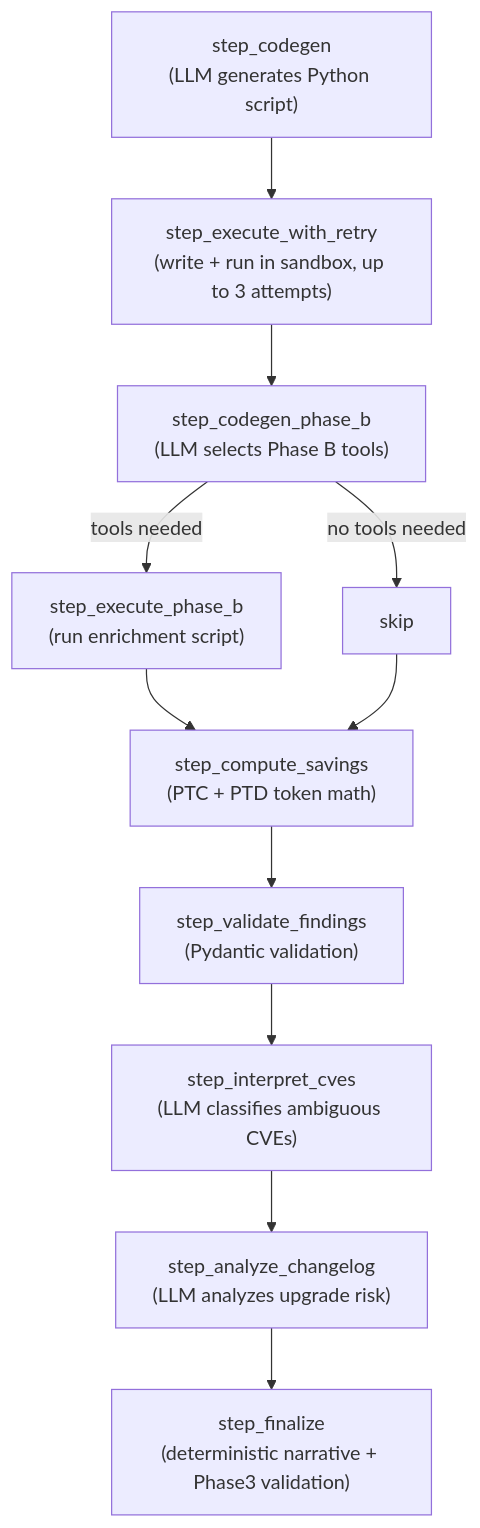
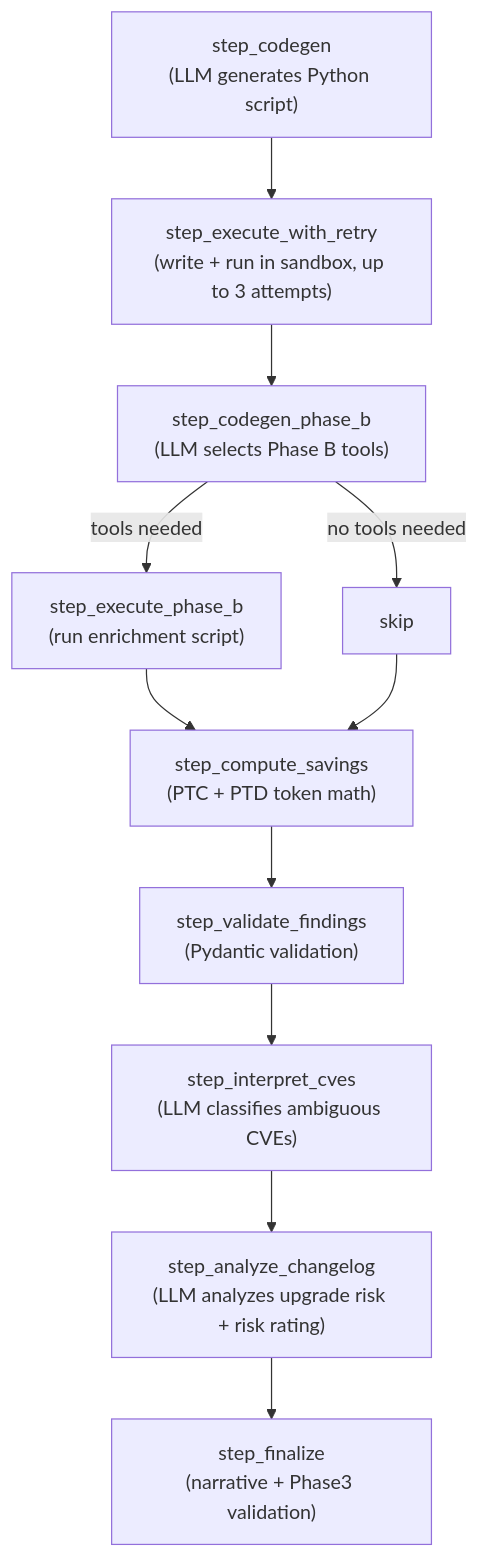
The fifth of 5 diagrams in ARCHITECTURE.md (shuknk8s/pypkg-audit-ptc-agent), drawn with Mermaid before and after one commit. The commit also changed other lines of this file and 22 other files, not shown here.

First line of the commit message:
docs: update architecture for CPE exclusion and LLM risk rating

````diff
--- a/ARCHITECTURE.md
+++ b/ARCHITECTURE.md
@@ -239,13 +239,13 @@
 ```mermaid
 flowchart TD
     A["step_codegen\n(LLM generates Python script)"] --> B["step_execute_with_retry\n(write + run in sandbox, up to 3 attempts)"]
     B --> C["step_codegen_phase_b\n(LLM selects Phase B tools)"]
     C -->|tools needed| D["step_execute_phase_b\n(run enrichment script)"]
     C -->|no tools needed| E["skip"]
     D --> F["step_compute_savings\n(PTC + PTD token math)"]
     E --> F
     F --> G["step_validate_findings\n(Pydantic validation)"]
     G --> H["step_interpret_cves\n(LLM classifies ambiguous CVEs)"]
-    H --> I["step_analyze_changelog\n(LLM analyzes upgrade risk)"]
-    I --> J["step_finalize\n(deterministic narrative + Phase3 validation)"]
+    H --> I["step_analyze_changelog\n(LLM analyzes upgrade risk + risk rating)"]
+    I --> J["step_finalize\n(narrative + Phase3 validation)"]
 ```
````
